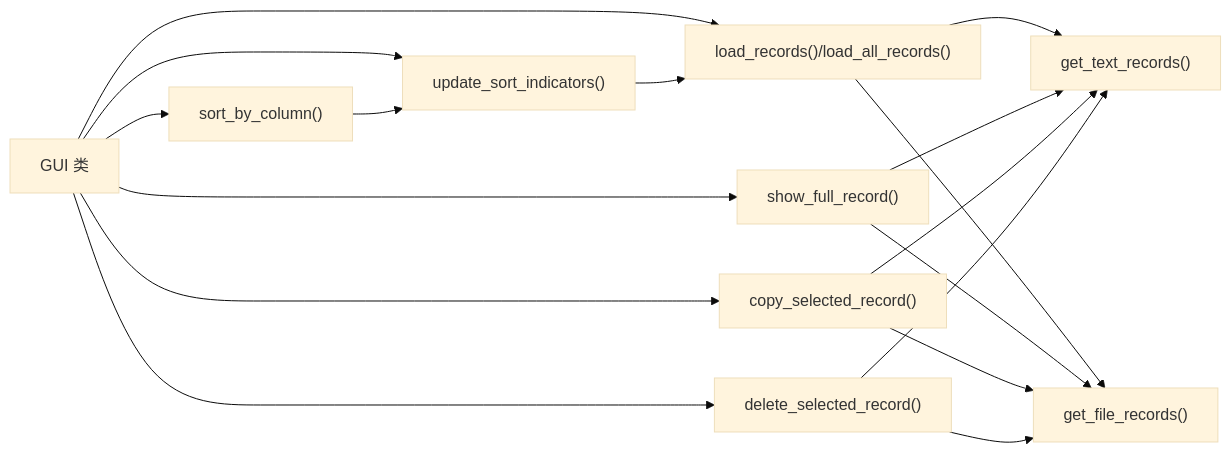
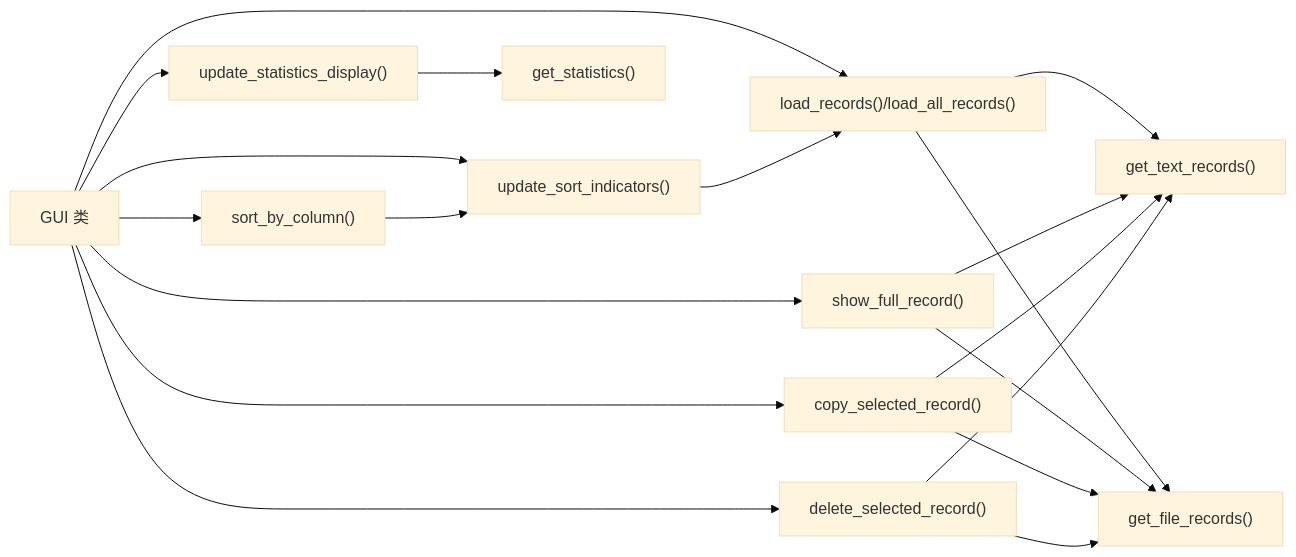
The fourth of 4 diagrams in .qoder/repowiki/zh/content/API参考/ClipboardGUI类/记录标签页界面/记录标签页界面.md (wzuu/CopyHistory), drawn with Mermaid (base theme) before and after one commit. The commit also changed other lines of this file and 7 other files, not shown here.

````diff
--- a/.qoder/repowiki/zh/content/API参考/ClipboardGUI类/记录标签页界面/记录标签页界面.md
+++ b/.qoder/repowiki/zh/content/API参考/ClipboardGUI类/记录标签页界面/记录标签页界面.md
@@ -226,19 +267,21 @@
 ```mermaid
 graph LR
 GUI["GUI 类"] --> Sort["sort_by_column()"]
 GUI --> Ind["update_sort_indicators()"]
 GUI --> Load["load_records()/load_all_records()"]
 GUI --> Show["show_full_record()"]
 GUI --> Copy["copy_selected_record()"]
 GUI --> Del["delete_selected_record()"]
+GUI --> Stats["update_statistics_display()"]
 Sort --> Ind
 Ind --> Load
 Load --> DBText["get_text_records()"]
 Load --> DBFile["get_file_records()"]
 Show --> DBText
 Show --> DBFile
 Copy --> DBText
 Copy --> DBFile
 Del --> DBText
 Del --> DBFile
+Stats --> DBStats["get_statistics()"]
 ```
````
